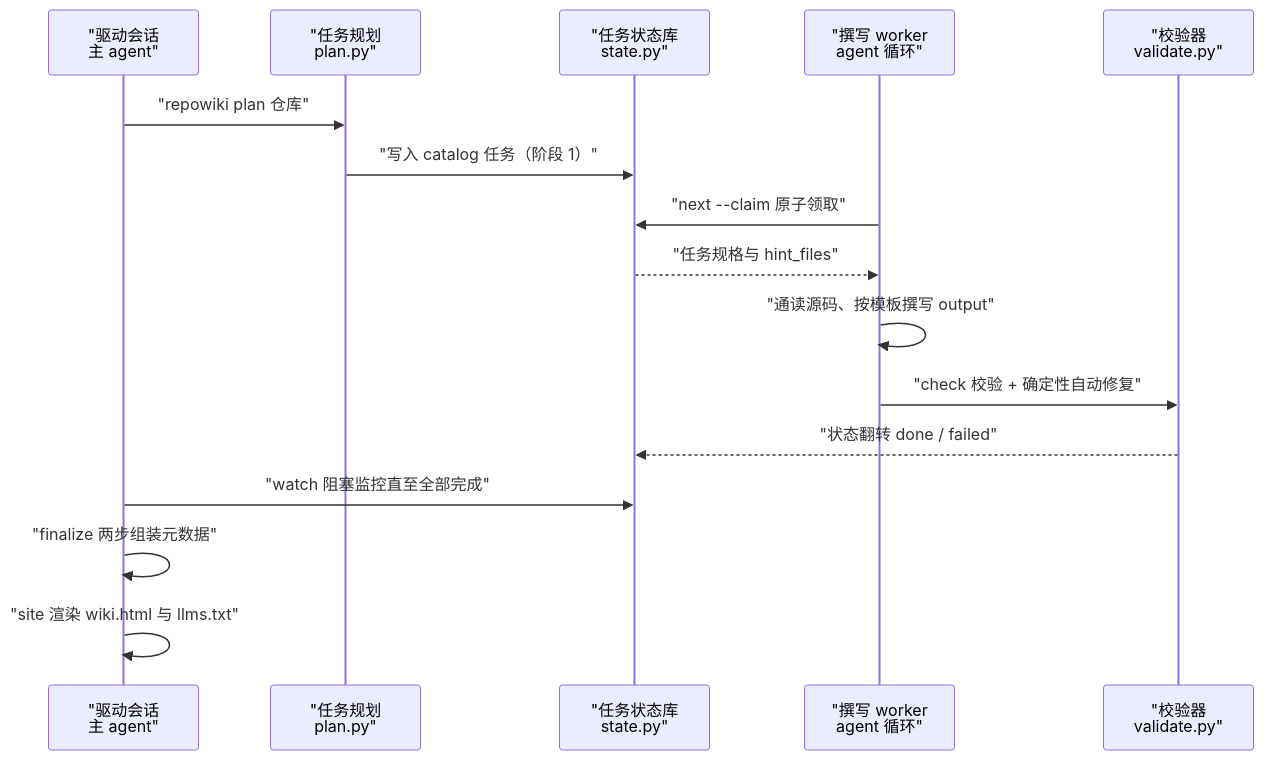
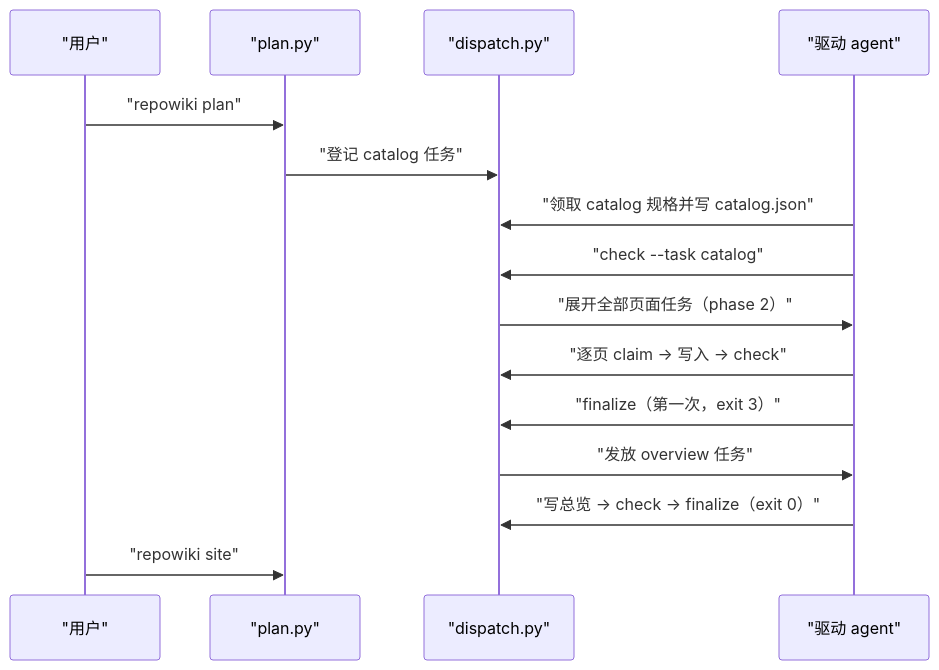
Before and after one commit to luomsis/repowiki: the first of 2 diagrams in .repowiki/zh/content/项目概述/端到端构建流程.md, drawn with Mermaid. The commit also changed other lines of this file and 100 other files, not shown here.

````diff
--- a/.repowiki/zh/content/项目概述/端到端构建流程.md
+++ b/.repowiki/zh/content/项目概述/端到端构建流程.md
@@ -46,18 +29,17 @@
 ```mermaid
 sequenceDiagram
-participant Driver as "驱动会话<br/>主 agent"
-participant Plan as "任务规划<br/>plan.py"
-participant Store as "任务状态库<br/>state.py"
-participant Worker as "撰写 worker<br/>agent 循环"
-participant Check as "校验器<br/>validate.py"
-Driver->>Plan : "repowiki plan 仓库"
-Plan->>Store : "写入 catalog 任务（阶段 1）"
-Worker->>Store : "next --claim 原子领取"
-Store-->>Worker : "任务规格与 hint_files"
-Worker->>Worker : "通读源码、按模板撰写 output"
-Worker->>Check : "check 校验 + 确定性自动修复"
-Check-->>Store : "状态翻转 done / failed"
-Driver->>Store : "watch 阻塞监控直至全部完成"
-Driver->>Driver : "finalize 两步组装元数据"
-Driver->>Driver : "site 渲染 wiki.html 与 llms.txt"
+participant U as "用户"
+participant P as "plan.py"
+participant D as "dispatch.py"
+participant A as "驱动 agent"
+U->>P : "repowiki plan"
+P->>D : "登记 catalog 任务"
+A->>D : "领取 catalog 规格并写 catalog.json"
+A->>D : "check --task catalog"
+D->>A : "展开全部页面任务（phase 2）"
+A->>D : "逐页 claim → 写入 → check"
+A->>D : "finalize（第一次，exit 3）"
+D->>A : "发放 overview 任务"
+A->>D : "写总览 → check → finalize（exit 0）"
+U->>P : "repowiki site"
 ```
````
